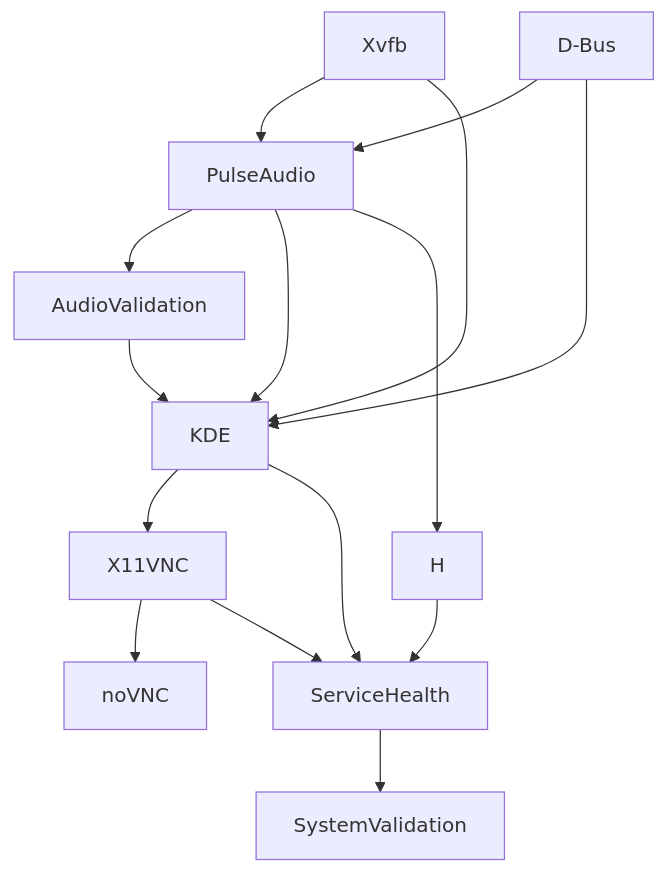
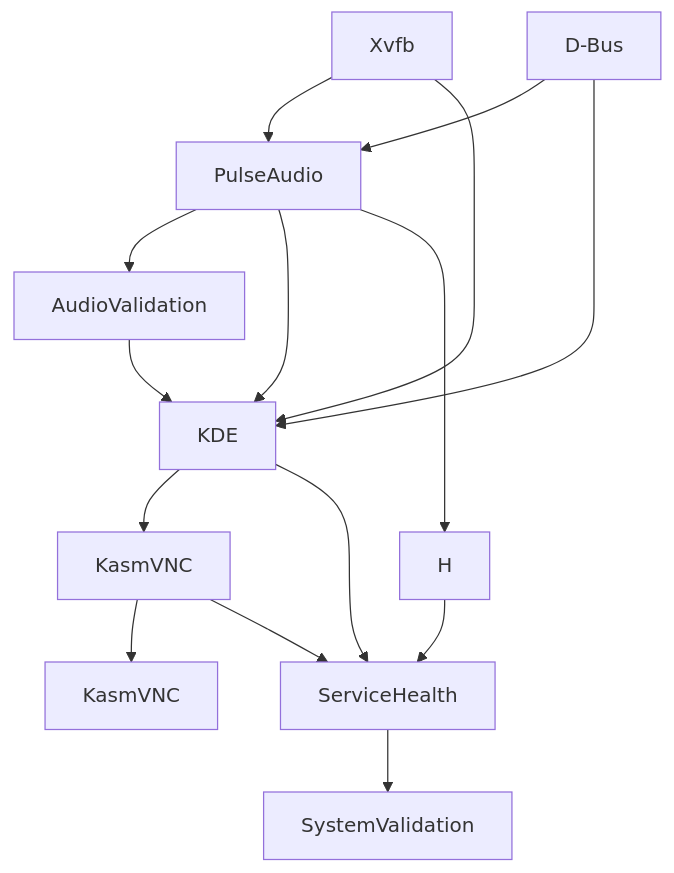
Before and after one commit to MarketingLimited/webtop-omni-desktop: the diagram in ubuntu-kde-docker/SERVICES.md, drawn with Mermaid. The commit also changed other lines of this file and 36 other files, not shown here.

Commit message:
Replace VNC stack with KasmVNC

````diff
--- a/ubuntu-kde-docker/SERVICES.md
+++ b/ubuntu-kde-docker/SERVICES.md
@@ -114,18 +107,18 @@
 ```mermaid
 graph TD
     A[Xvfb] --> C[PulseAudio]
     B[D-Bus] --> C
     C --> D[AudioValidation]
     D --> E[KDE]
     C --> E
     A --> E
     B --> E
-    E --> F[X11VNC]
-    F --> G[noVNC]
+    E --> F[KasmVNC]
+    F --> G[KasmVNC]
     
     C --> H
     E --> I[ServiceHealth]
     F --> I
     H --> I
     I --> J[SystemValidation]
 ```
````
